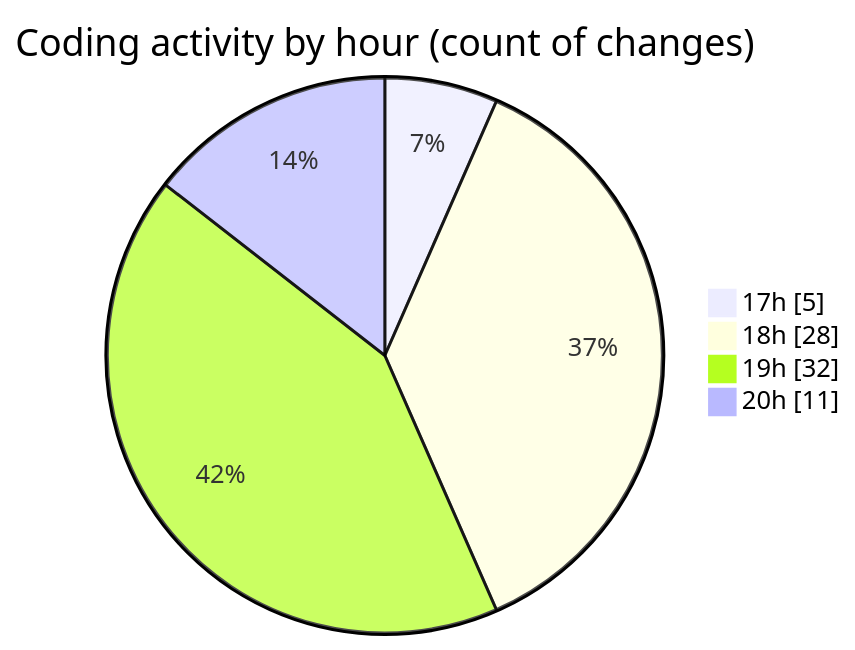
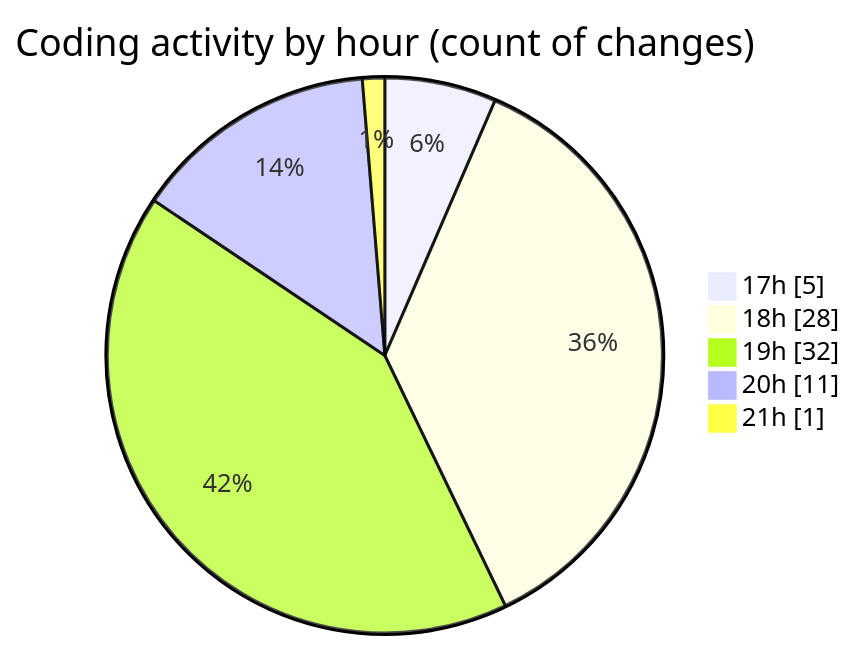
The second of 2 diagrams in 2025-01-01/uber_clone/README.md (donsfak/code-tracking), drawn with Mermaid before and after one commit. The commit also changed other lines of this file and 1 other file, not shown here.

````diff
--- a/2025-01-01/uber_clone/README.md
+++ b/2025-01-01/uber_clone/README.md
@@ -41,8 +43,9 @@
 ```mermaid
 pie showData
 title Coding activity by hour (count of changes)
 "17h" : 5
 "18h" : 28
 "19h" : 32
 "20h" : 11
+"21h" : 1
 ```
````
